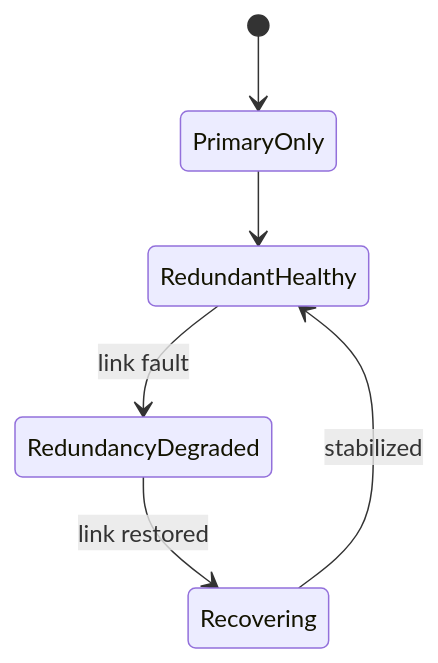
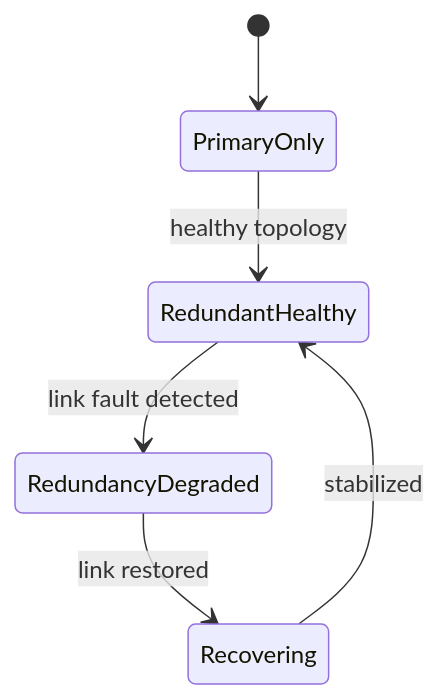
The fourth of 4 diagrams in docs/ethercat-for-dummies.md (robotcontrol-xyz/openethercat), drawn with Mermaid before and after one commit. The commit also changed other lines of this file, not shown here.

````diff
--- a/docs/ethercat-for-dummies.md
+++ b/docs/ethercat-for-dummies.md
@@ -280,8 +332,8 @@
 ```mermaid
 stateDiagram-v2
     [*] --> PrimaryOnly
-    PrimaryOnly --> RedundantHealthy
-    RedundantHealthy --> RedundancyDegraded: link fault
+    PrimaryOnly --> RedundantHealthy: healthy topology
+    RedundantHealthy --> RedundancyDegraded: link fault detected
     RedundancyDegraded --> Recovering: link restored
     Recovering --> RedundantHealthy: stabilized
 ```
````
